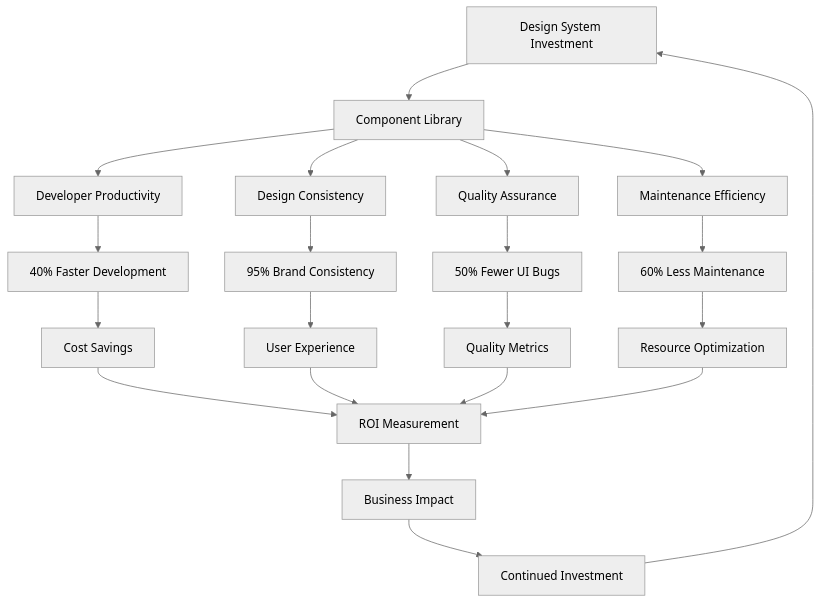
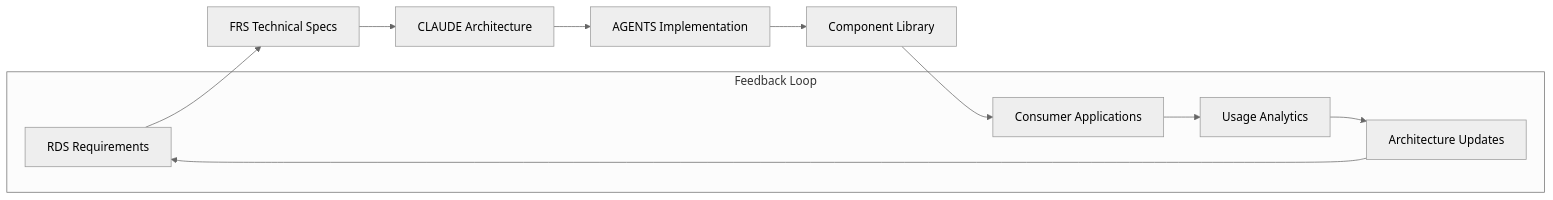
One commit to DementedWeasel1971/storybook changed the second of 5 diagrams in CLAUDE.md. Above: the diagram before and after it, drawn with Mermaid (neutral theme). The commit also changed other lines of this file and 4 other files, not shown here.

First line of the commit message:
feat: Implement automated CLAUDE.md generation system via Architect Crew methodology

````diff
--- a/CLAUDE.md
+++ b/CLAUDE.md
@@ -659,27 +267,14 @@
 ```mermaid
-flowchart TD
-    A[Design System Investment] --> B[Component Library]
-    B --> C[Developer Productivity]
-    B --> D[Design Consistency]
-    B --> E[Quality Assurance]
-    B --> F[Maintenance Efficiency]
+graph LR
+    A[RDS Requirements] --> B[FRS Technical Specs]
+    B --> C[CLAUDE Architecture]
+    C --> D[AGENTS Implementation]
+    D --> E[Component Library]
+    E --> F[Consumer Applications]
     
-    C --> G[40% Faster Development]
-    D --> H[95% Brand Consistency]
-    E --> I[50% Fewer UI Bugs]
-    F --> J[60% Less Maintenance]
-    
-    G --> K[Cost Savings]
-    H --> L[User Experience]
-    I --> M[Quality Metrics]
-    J --> N[Resource Optimization]
-    
-    K --> O[ROI Measurement]
-    L --> O
-    M --> O
-    N --> O
-    
-    O --> P[Business Impact]
-    P --> Q[Continued Investment]
-    Q --> A
+    subgraph "Feedback Loop"
+        F --> G[Usage Analytics]
+        G --> H[Architecture Updates]
+        H --> A
+    end
 ```
````
